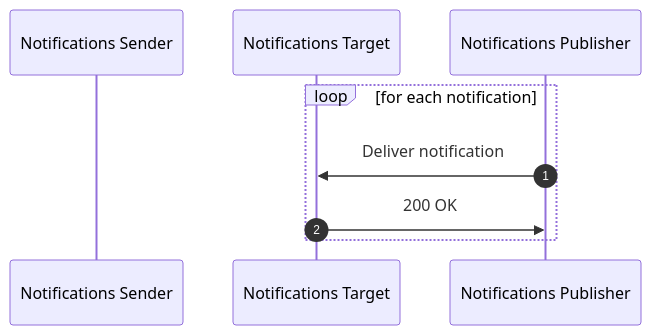
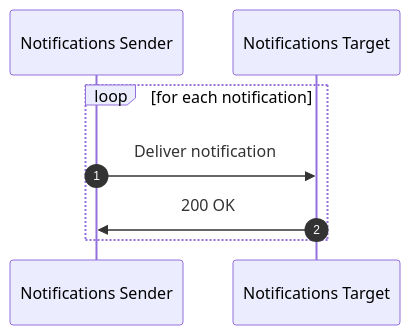
One commit to solid/notifications changed the diagram in notifications-flow-target.mmd. Above: the diagram before and after it, drawn with Mermaid. The commit also changed 1 other file, not shown here.

```diff
--- a/notifications-flow-target.mmd
+++ b/notifications-flow-target.mmd
@@ -1,9 +1,9 @@
 sequenceDiagram
   autonumber
   participant Notifications Sender
   participant Notifications Target
 
   loop for each notification
-    Notifications Publisher ->> Notifications Target: Deliver notification
-    Notifications Target ->> Notifications Publisher: 200 OK
+    Notifications Sender ->> Notifications Target: Deliver notification
+    Notifications Target ->> Notifications Sender: 200 OK
   end
```
